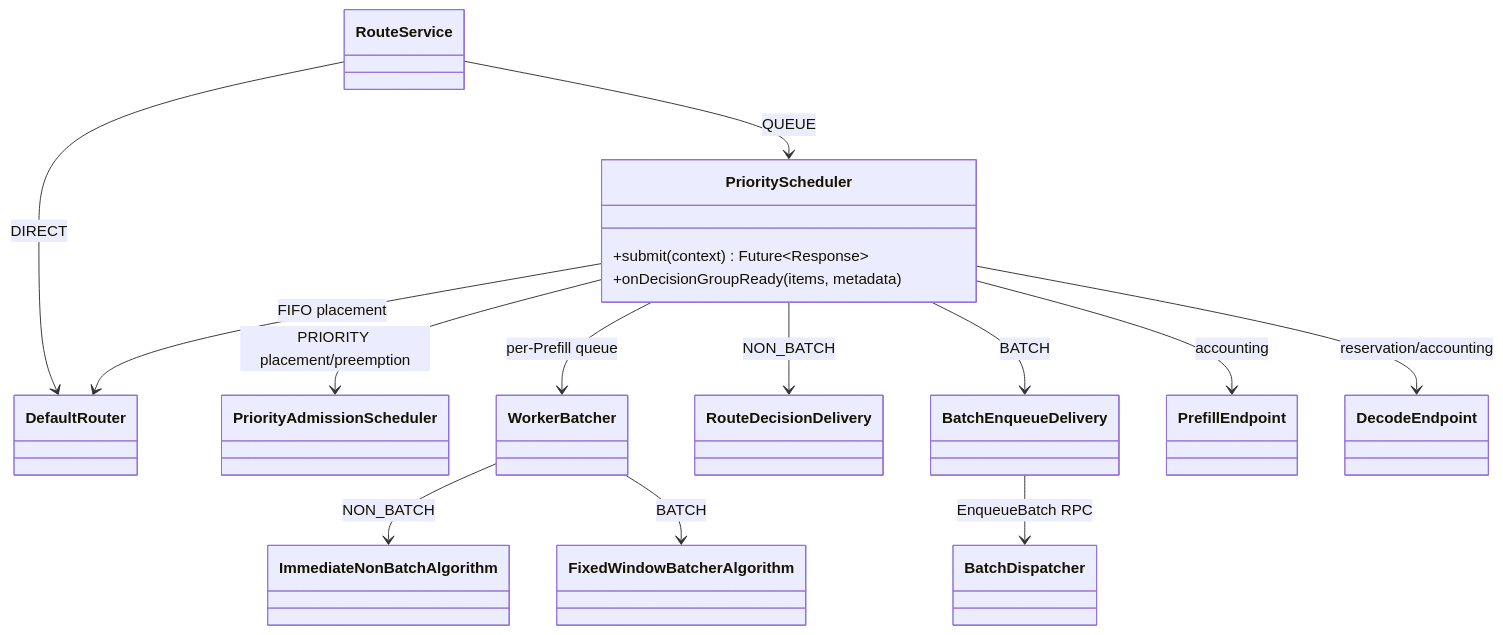
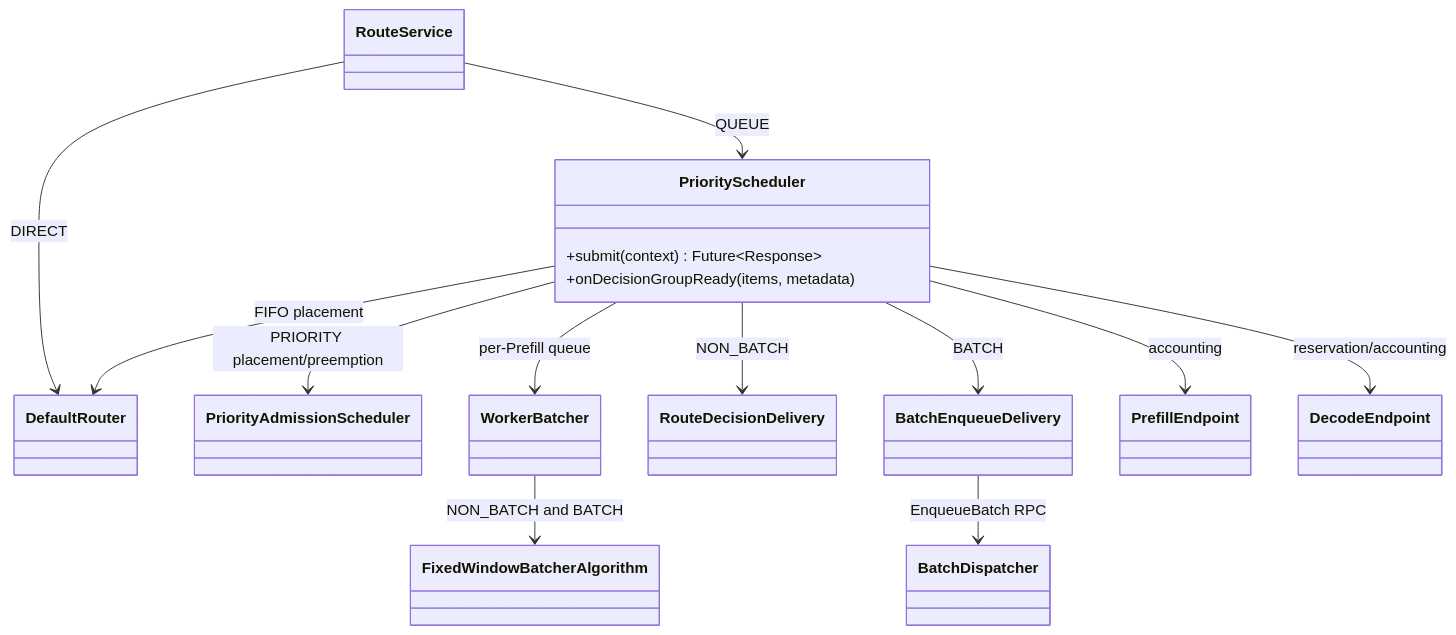
The first of 2 diagrams in rtp_llm/flexlb/docs/priority-scheduler-delivery-modes.md (alibaba/rtp-llm), drawn with Mermaid before and after one commit. The commit also changed other lines of this file and 36 other files, not shown here.

````diff
--- a/rtp_llm/flexlb/docs/priority-scheduler-delivery-modes.md
+++ b/rtp_llm/flexlb/docs/priority-scheduler-delivery-modes.md
@@ -26,31 +26,29 @@
 ```mermaid
 classDiagram
     class RouteService
     class DefaultRouter
     class PriorityScheduler {
         +submit(context) Future~Response~
         +onDecisionGroupReady(items, metadata)
     }
     class PriorityAdmissionScheduler
     class WorkerBatcher
-    class ImmediateNonBatchAlgorithm
     class FixedWindowBatcherAlgorithm
     class RouteDecisionDelivery
     class BatchEnqueueDelivery
     class BatchDispatcher
     class PrefillEndpoint
     class DecodeEndpoint
 
     RouteService --> DefaultRouter : DIRECT
     RouteService --> PriorityScheduler : QUEUE
     PriorityScheduler --> DefaultRouter : FIFO placement
     PriorityScheduler --> PriorityAdmissionScheduler : PRIORITY placement/preemption
     PriorityScheduler --> WorkerBatcher : per-Prefill queue
-    WorkerBatcher --> ImmediateNonBatchAlgorithm : NON_BATCH
-    WorkerBatcher --> FixedWindowBatcherAlgorithm : BATCH
+    WorkerBatcher --> FixedWindowBatcherAlgorithm : NON_BATCH and BATCH
     PriorityScheduler --> RouteDecisionDelivery : NON_BATCH
     PriorityScheduler --> BatchEnqueueDelivery : BATCH
     BatchEnqueueDelivery --> BatchDispatcher : EnqueueBatch RPC
     PriorityScheduler --> PrefillEndpoint : accounting
     PriorityScheduler --> DecodeEndpoint : reservation/accounting
 ```
````
